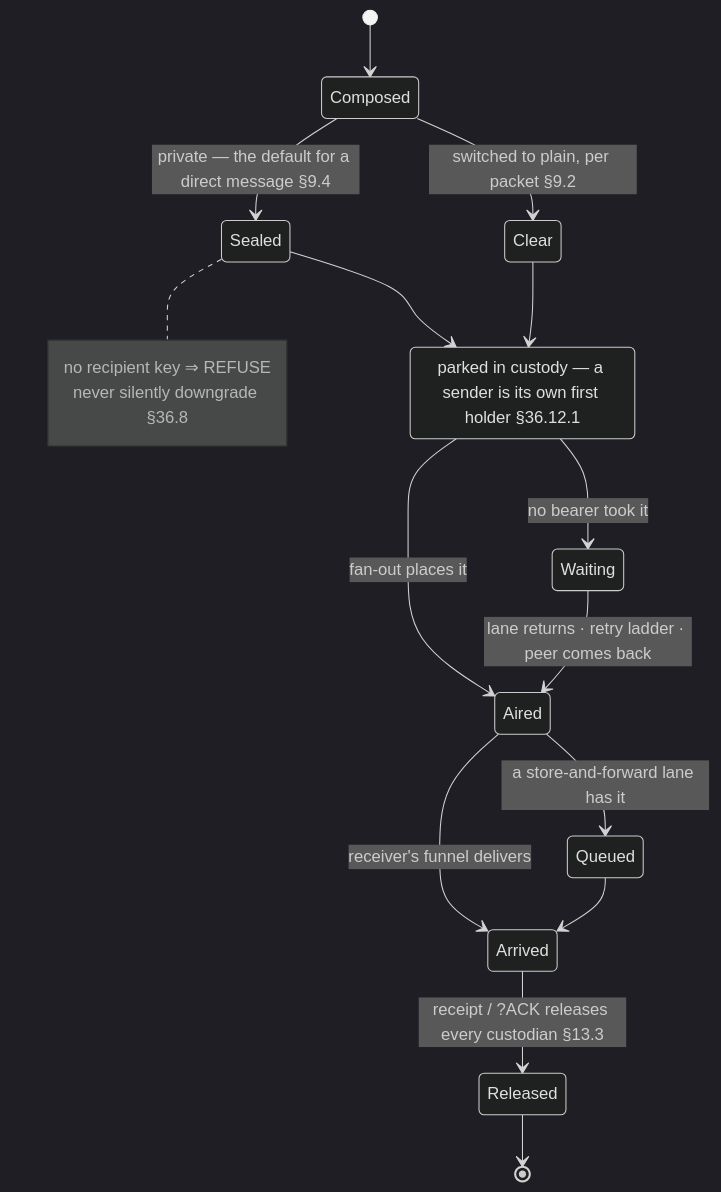
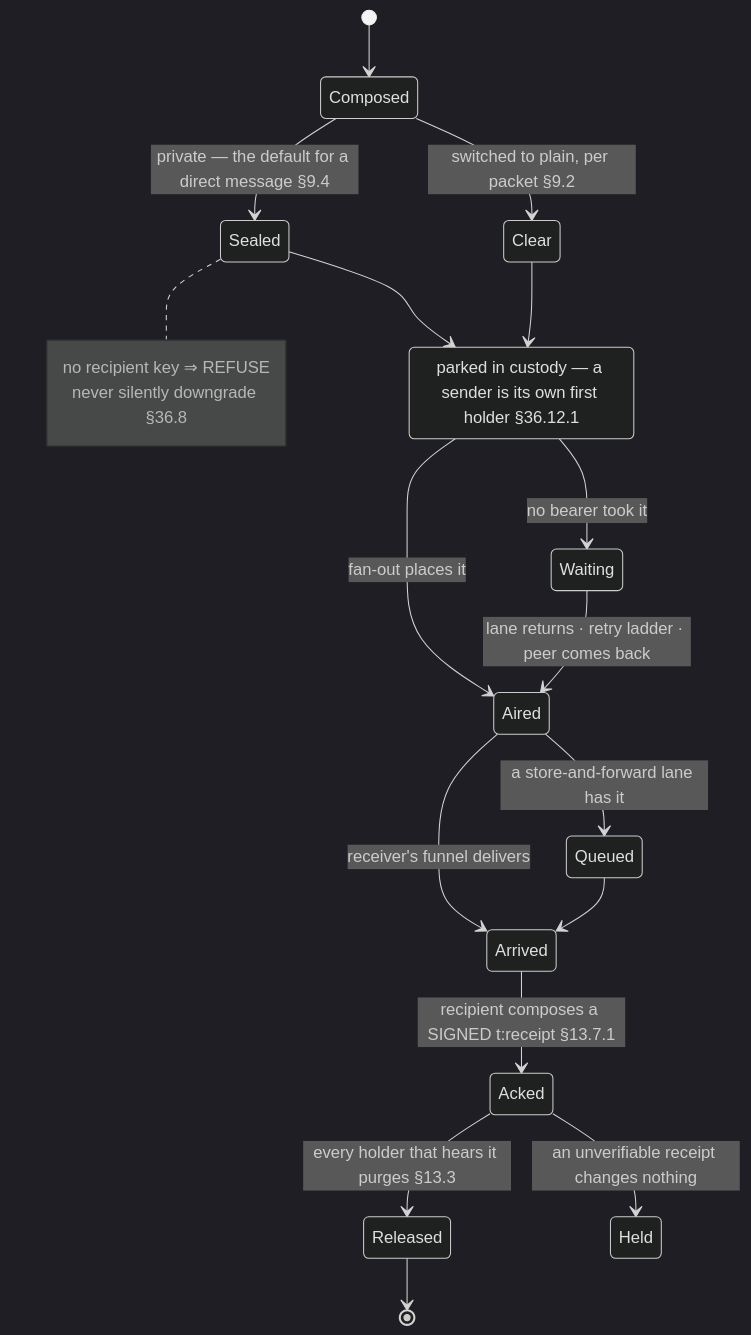
Before and after one commit to xprs-dev/app: the sixth of 7 diagrams in docs/diagrams/transports-flow.md, drawn with Mermaid (dark theme). The commit also changed other lines of this file and 4 other files, not shown here.

First line of the commit message:
Diagrams: the packet field by field, and the receipt branch

````diff
--- a/docs/diagrams/transports-flow.md
+++ b/docs/diagrams/transports-flow.md
@@ -220,28 +236,30 @@
 ```mermaid
 stateDiagram-v2
     direction TB
     [*] --> Composed
 
     Composed --> Sealed: private — the default for a direct message §9.4
     Composed --> Clear: switched to plain, per packet §9.2
     note right of Sealed
         no recipient key ⇒ REFUSE
         never silently downgrade §36.8
     end note
 
     Sealed --> Parked
     Clear --> Parked
     Parked: parked in custody — a sender is its own first holder §36.12.1
 
     Parked --> Aired: fan-out places it
     Parked --> Waiting: no bearer took it
 
     Aired --> Queued: a store-and-forward lane has it
     Aired --> Arrived: receiver's funnel delivers
     Queued --> Arrived
 
     Waiting --> Aired: lane returns · retry ladder · peer comes back
 
-    Arrived --> Released: receipt / ?ACK releases every custodian §13.3
+    Arrived --> Acked: recipient composes a SIGNED t:receipt §13.7.1
+    Acked --> Released: every holder that hears it purges §13.3
+    Acked --> Held: an unverifiable receipt changes nothing
     Released --> [*]
 ```
````
